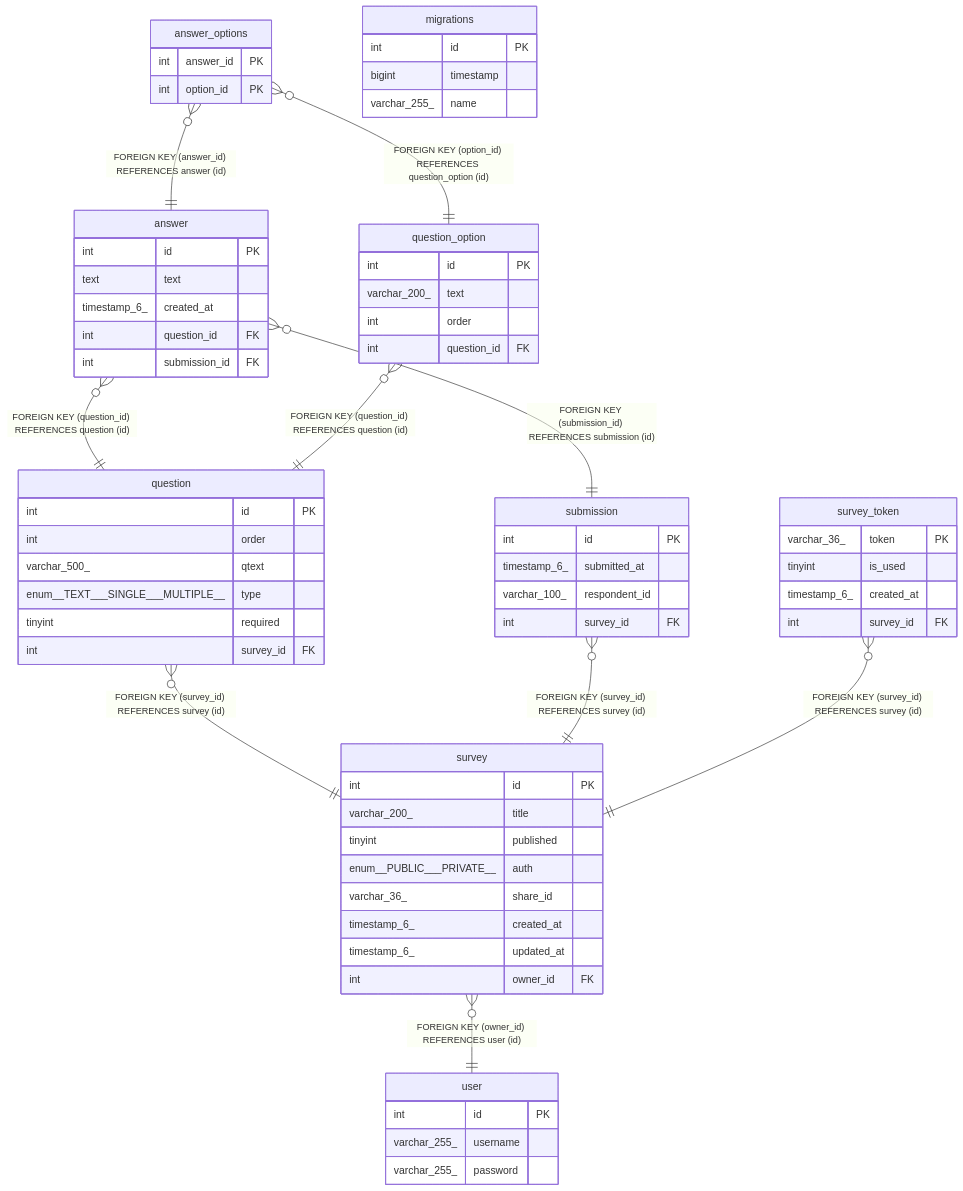
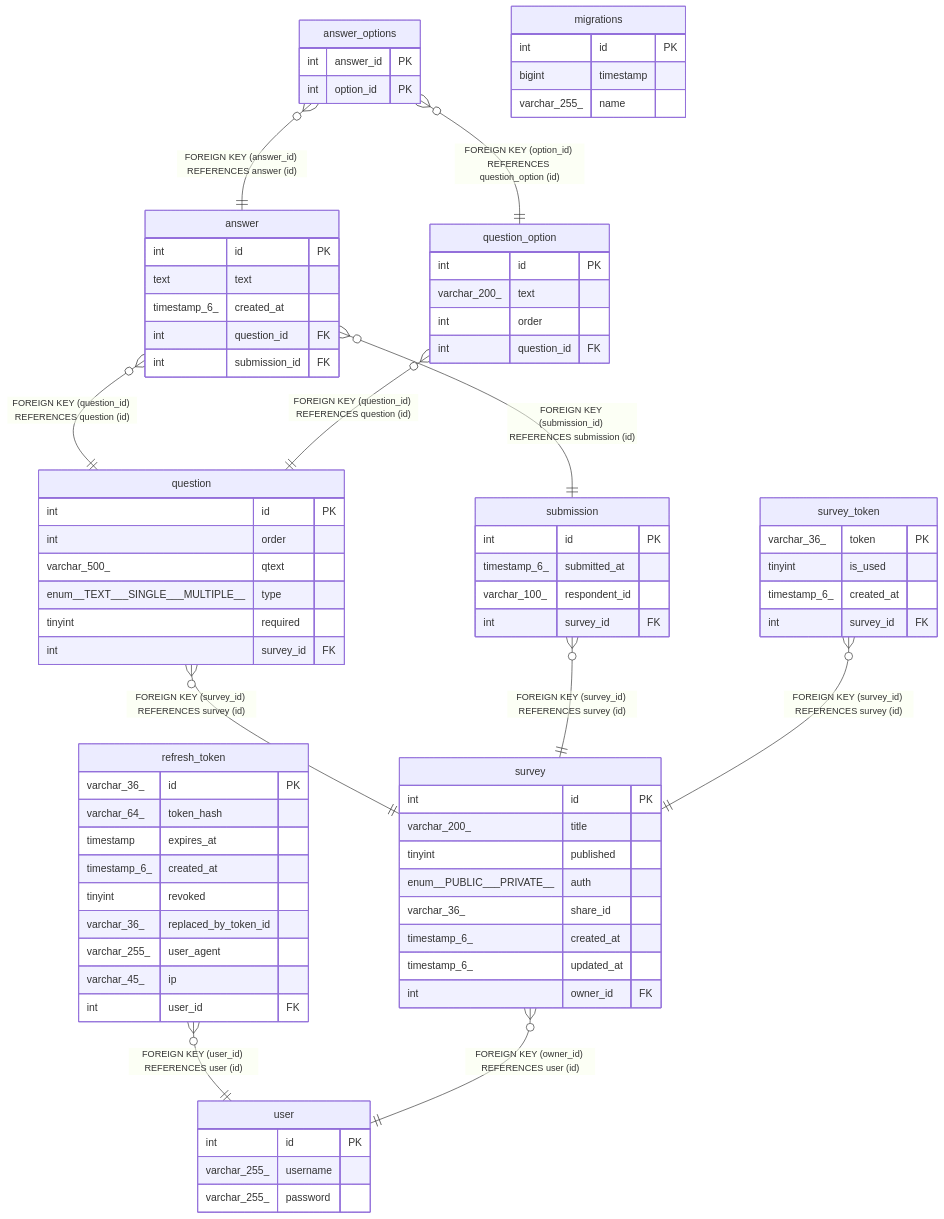
The diagram in docs/database/README.md (BepHblVI/First-nest), drawn with Mermaid before and after one commit. The commit also changed other lines of this file and 39 other files, not shown here.

```diff
--- a/docs/database/README.md
+++ b/docs/database/README.md
@@ -25,6 +26,7 @@
 "answer_options" }o--|| "answer" : "FOREIGN KEY (answer_id) REFERENCES answer (id)"
 "question" }o--|| "survey" : "FOREIGN KEY (survey_id) REFERENCES survey (id)"
 "question_option" }o--|| "question" : "FOREIGN KEY (question_id) REFERENCES question (id)"
+"refresh_token" }o--|| "user" : "FOREIGN KEY (user_id) REFERENCES user (id)"
 "submission" }o--|| "survey" : "FOREIGN KEY (survey_id) REFERENCES survey (id)"
 "survey" }o--|| "user" : "FOREIGN KEY (owner_id) REFERENCES user (id)"
 "survey_token" }o--|| "survey" : "FOREIGN KEY (survey_id) REFERENCES survey (id)"
@@ -59,6 +61,17 @@
   int order
   int question_id FK
 }
+"refresh_token" {
+  varchar_36_ id PK
+  varchar_64_ token_hash
+  timestamp expires_at
+  timestamp_6_ created_at
+  tinyint revoked
+  varchar_36_ replaced_by_token_id
+  varchar_255_ user_agent
+  varchar_45_ ip
+  int user_id FK
+}
 "submission" {
   int id PK
   timestamp_6_ submitted_at
```
